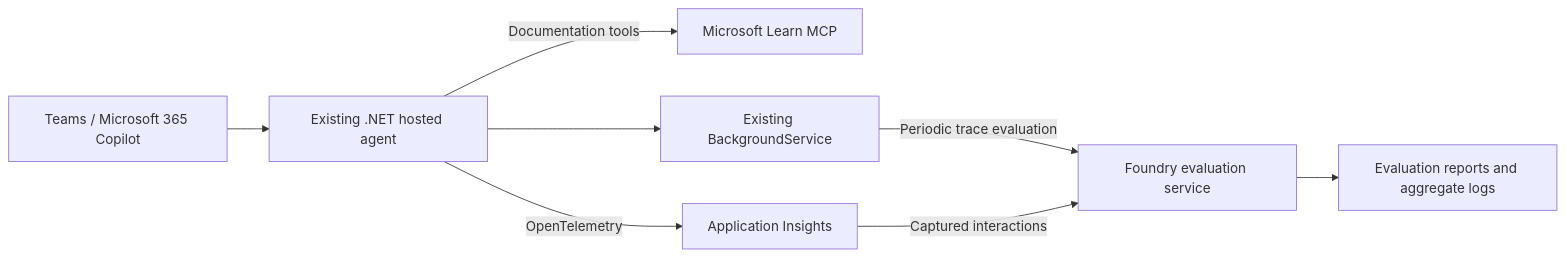
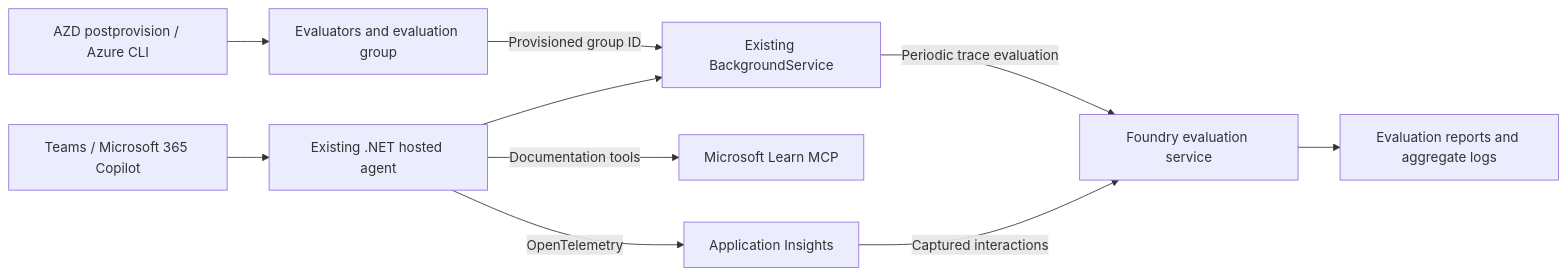
The diagram in README.md (rliberoff/foundry-agents-autoevaluations), drawn with Mermaid before and after one commit. The commit also changed other lines of this file and 19 other files, not shown here.

````diff
--- a/README.md
+++ b/README.md
@@ -11,10 +11,12 @@
 ```mermaid
 flowchart LR
+Provision[AZD postprovision / Azure CLI] --> Catalog[Evaluators and evaluation group]
+Catalog -->|Provisioned group ID| Worker
 Channels[Teams / Microsoft 365 Copilot] --> Agent[Existing .NET hosted agent]
 Agent -->|Documentation tools| Learn[Microsoft Learn MCP]
 Agent -->|OpenTelemetry| Insights[Application Insights]
 Agent --> Worker[Existing BackgroundService]
 Worker -->|Periodic trace evaluation| Foundry[Foundry evaluation service]
 Insights -->|Captured interactions| Foundry
 Foundry --> Results[Evaluation reports and aggregate logs]
 ```
````
